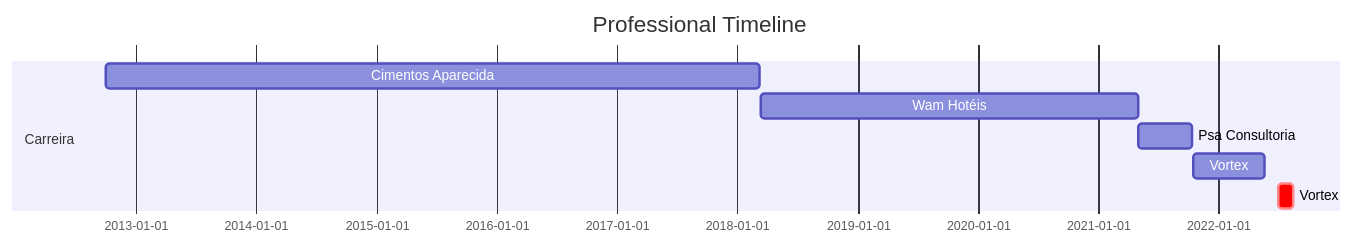
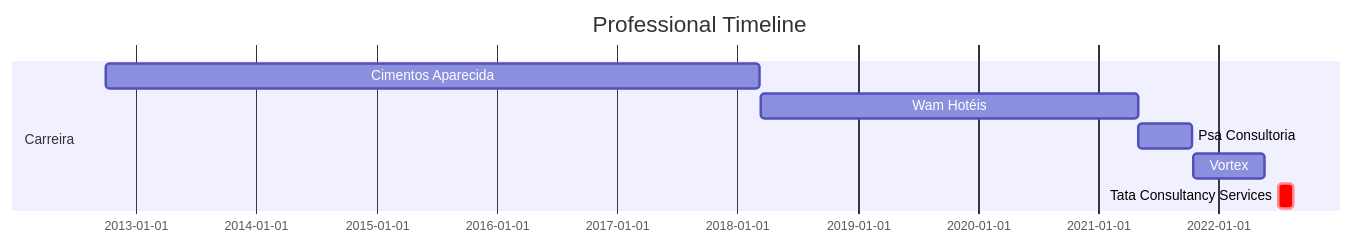
Before and after one commit to Robisonnunes/RobisonNunes: the diagram in README.md, drawn with Mermaid. The commit also changed other lines of this file, not shown here.

````diff
--- a/README.md
+++ b/README.md
@@ -15,14 +15,14 @@
 ```mermaid
 
 gantt
 dateFormat  YYYY-MM-DD
 title Professional Timeline
 
 section Carreira
 Cimentos Aparecida    :2012-10-01,2018-03-10
 Wam Hotéis            :2018-03-13,2021-04-30
 Psa Consultoria       :2021-05-03,2021-10-12
 Vortex                :2021-10-15,2022-05-19
-Vortex                :crit,2022-07-01,2022-08-15
+Tata Consultancy Services :crit,2022-07-01,2022-08-15
 
 ```
````
